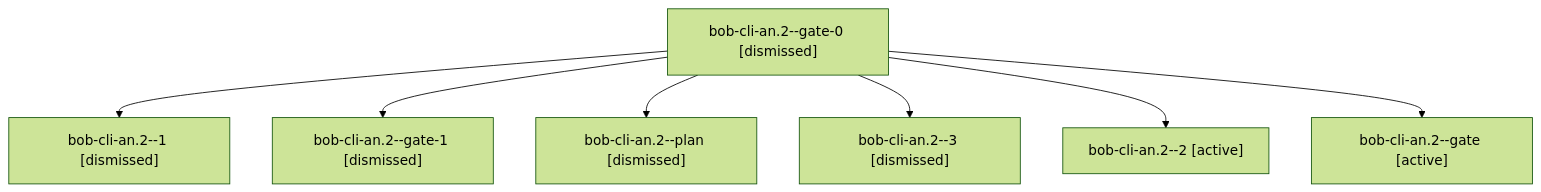
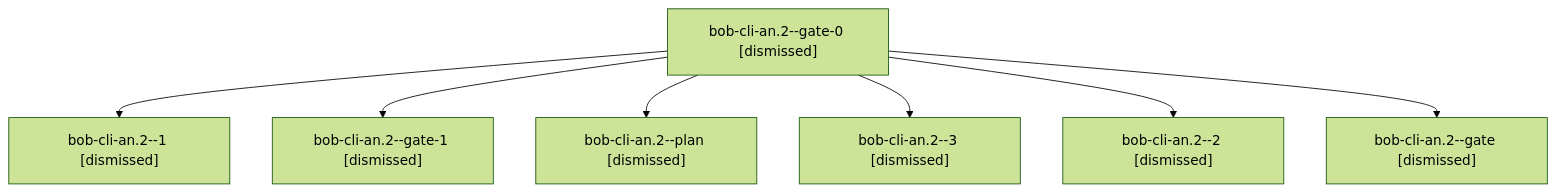
The diagram in sessions/bbugyi200.athena.bob-cli-an.2.md (bobs-org/bob-cli--agents), drawn with Mermaid (forest theme) before and after one commit. The commit also changed other lines of this file and 557 other files, not shown here.

````diff
--- a/sessions/bbugyi200.athena.bob-cli-an.2.md
+++ b/sessions/bbugyi200.athena.bob-cli-an.2.md
@@ -9,16 +9,16 @@
 ```mermaid
 flowchart TD
   n0["bob-cli-an.2--gate-0 [dismissed]"]
   n1["bob-cli-an.2--1 [dismissed]"]
   n0 --> n1
   n2["bob-cli-an.2--gate-1 [dismissed]"]
   n0 --> n2
   n3["bob-cli-an.2--plan [dismissed]"]
   n0 --> n3
   n4["bob-cli-an.2--3 [dismissed]"]
   n0 --> n4
-  n5["bob-cli-an.2--2 [active]"]
+  n5["bob-cli-an.2--2 [dismissed]"]
   n0 --> n5
-  n6["bob-cli-an.2--gate [active]"]
+  n6["bob-cli-an.2--gate [dismissed]"]
   n0 --> n6
 ```
````
